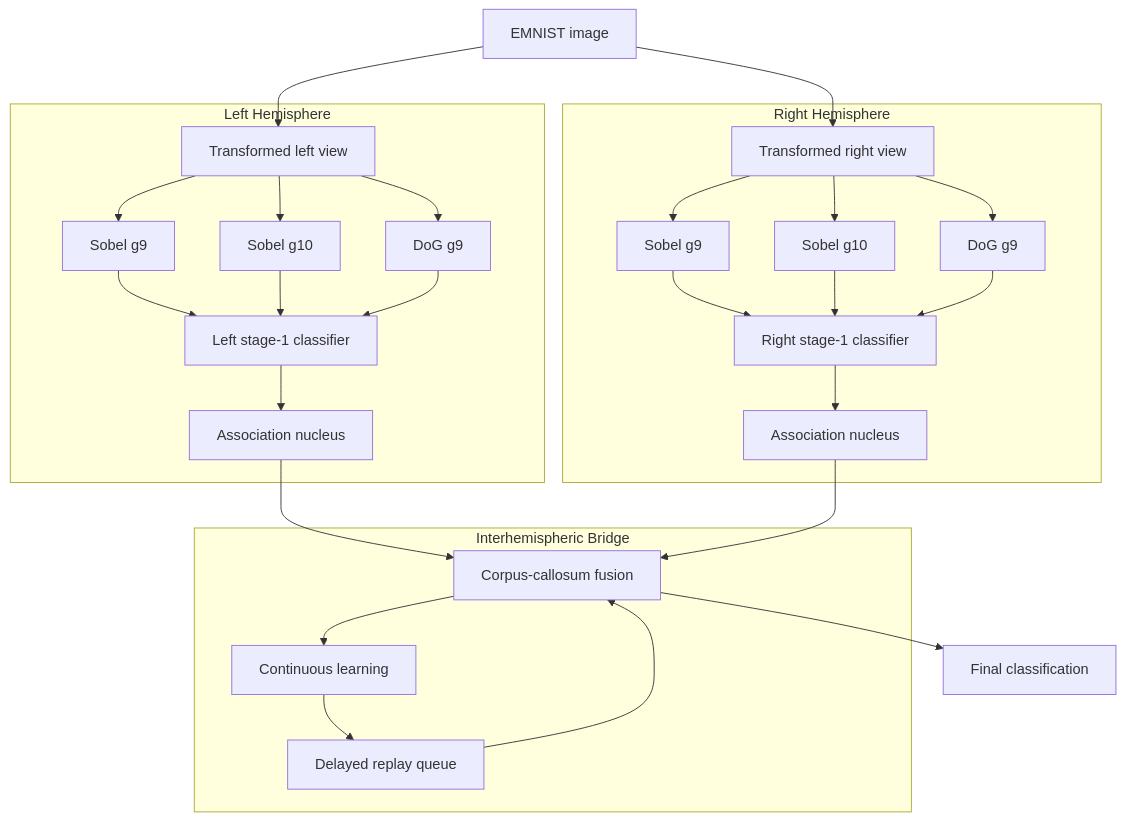
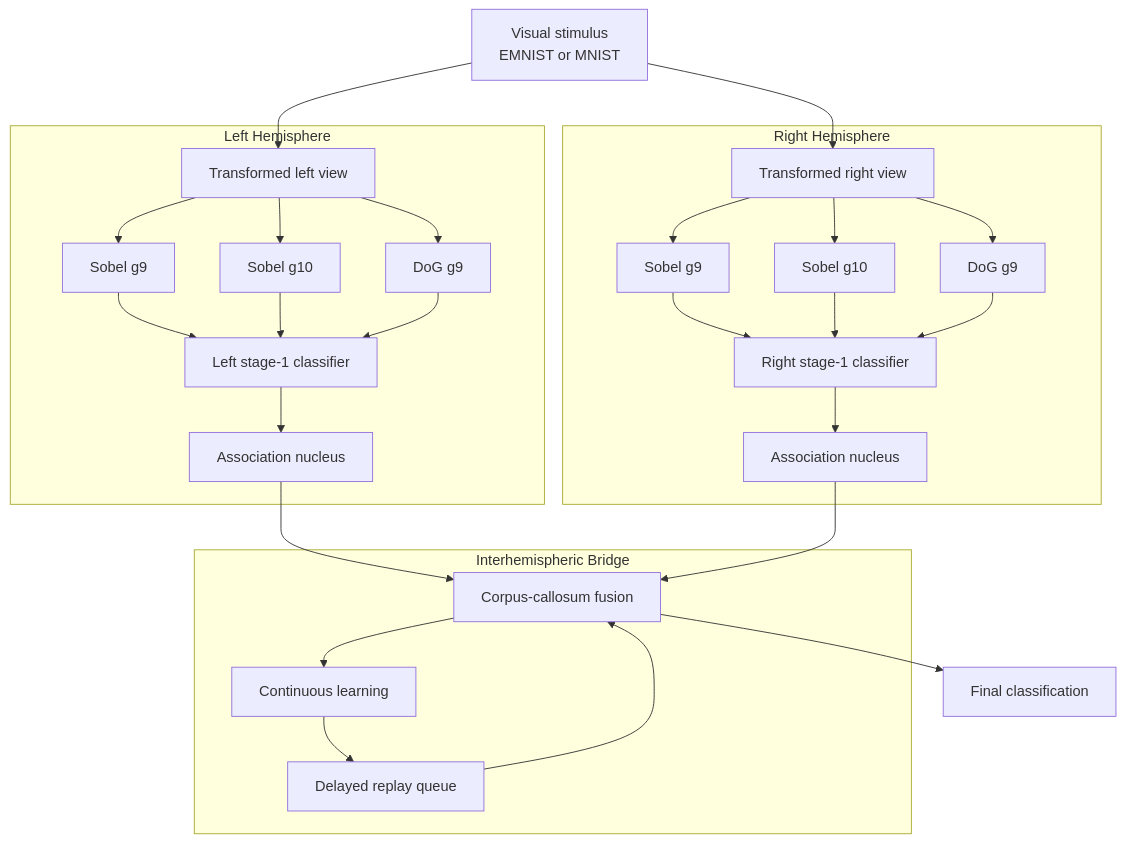
One commit to deanhorak/SNNFrame changed the diagram in README.md. Above: the diagram before and after it, drawn with Mermaid. The commit also changed other lines of this file and 3 other files, not shown here.

````diff
--- a/README.md
+++ b/README.md
@@ -153,51 +154,51 @@
 ```mermaid
 flowchart TD
-    IMG[EMNIST image]
+    IMG[Visual stimulus<br/>EMNIST or MNIST]
 
     subgraph LH[Left Hemisphere]
         LVIEW[Transformed left view]
         L9[Sobel g9]
         L10[Sobel g10]
         LDOG[DoG g9]
         LSTAGE[Left stage-1 classifier]
         LASSOC[Association nucleus]
         LVIEW --> L9
         LVIEW --> L10
         LVIEW --> LDOG
         L9 --> LSTAGE
         L10 --> LSTAGE
         LDOG --> LSTAGE
         LSTAGE --> LASSOC
     end
 
     subgraph RH[Right Hemisphere]
         RVIEW[Transformed right view]
         R9[Sobel g9]
         R10[Sobel g10]
         RDOG[DoG g9]
         RSTAGE[Right stage-1 classifier]
         RASSOC[Association nucleus]
         RVIEW --> R9
         RVIEW --> R10
         RVIEW --> RDOG
         R9 --> RSTAGE
         R10 --> RSTAGE
         RDOG --> RSTAGE
         RSTAGE --> RASSOC
     end
 
     subgraph CC[Interhemispheric Bridge]
         FUSION[Corpus-callosum fusion]
         CL[Continuous learning]
         REPLAY[Delayed replay queue]
         FUSION --> CL
         CL --> REPLAY
         REPLAY --> FUSION
     end
 
     IMG --> LVIEW
     IMG --> RVIEW
     LASSOC --> FUSION
     RASSOC --> FUSION
     FUSION --> OUT[Final classification]
 ```
````
